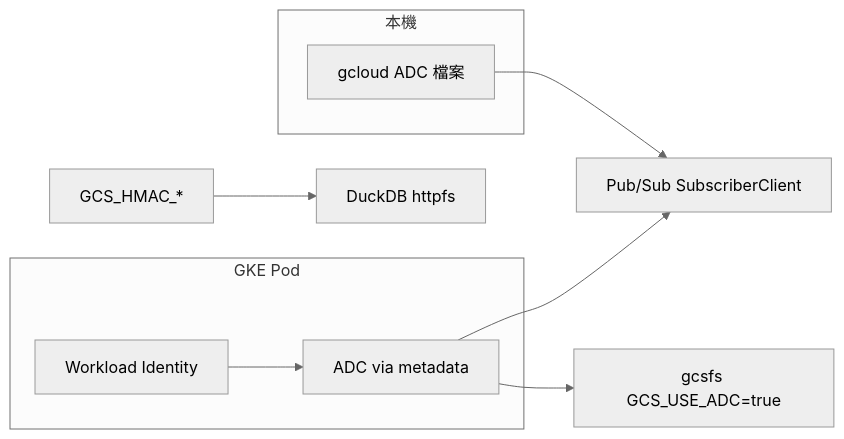
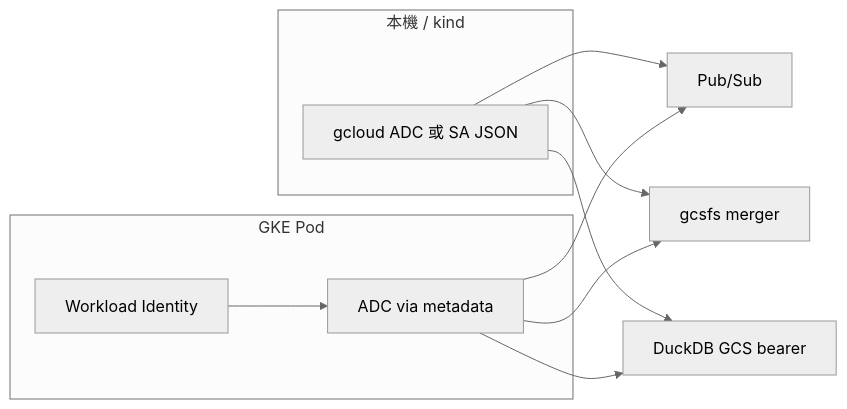
One commit to RoyceAzure/stock-ana-atsk-worker changed the diagram in README.md. Above: the diagram before and after it, drawn with Mermaid (neutral theme). The commit also changed other lines of this file, not shown here.

````diff
--- a/README.md
+++ b/README.md
@@ -165,16 +197,18 @@
 ```mermaid
 graph LR
-    subgraph Local["本機"]
-        ADC1[gcloud ADC 檔案]
+    subgraph Local["本機 / kind"]
+        ADC1[gcloud ADC 或 SA JSON]
     end
     subgraph GKE["GKE Pod"]
         WI[Workload Identity]
         ADC2[ADC via metadata]
         WI --> ADC2
     end
 
-    ADC1 --> PS[Pub/Sub SubscriberClient]
+    ADC1 --> PS[Pub/Sub]
     ADC2 --> PS
-    ADC2 --> GCSFS[gcsfs GCS_USE_ADC=true]
-    HMAC[GCS_HMAC_*] --> DuckDB[DuckDB httpfs]
+    ADC1 --> GCSFS[gcsfs merger]
+    ADC2 --> GCSFS
+    ADC1 --> DuckDB[DuckDB GCS bearer]
+    ADC2 --> DuckDB
 ```
````
